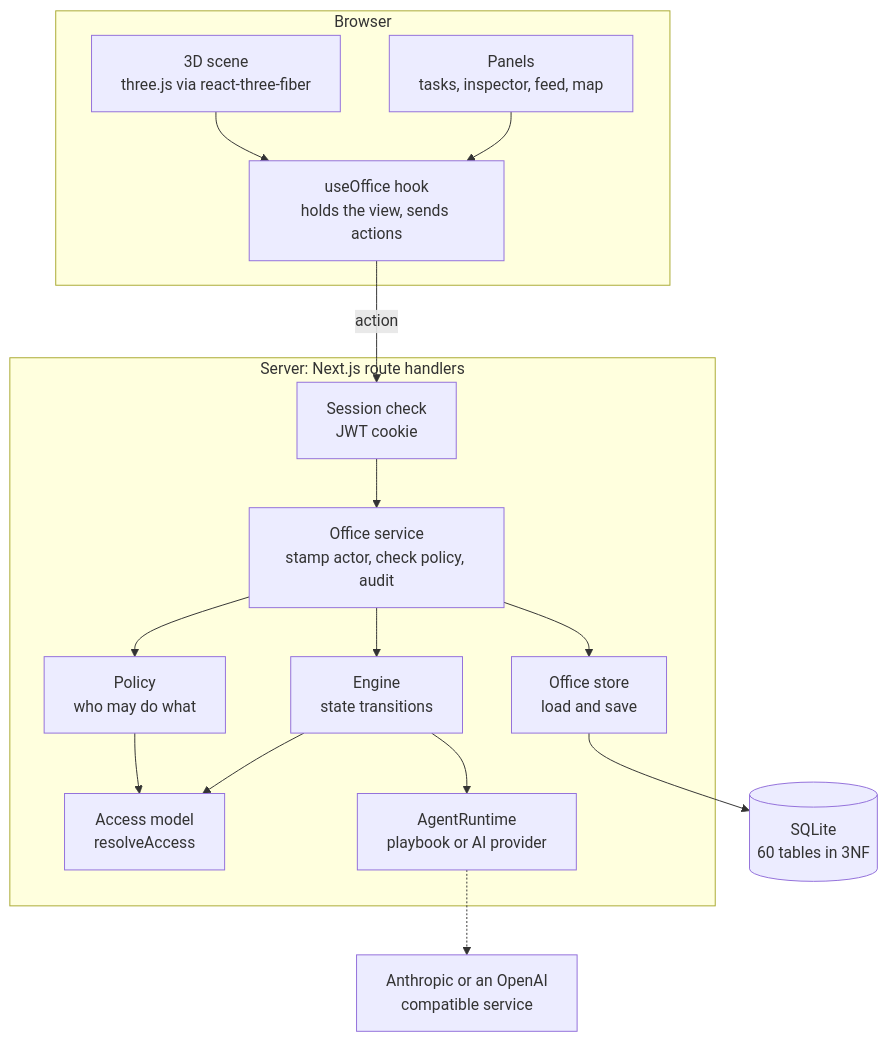
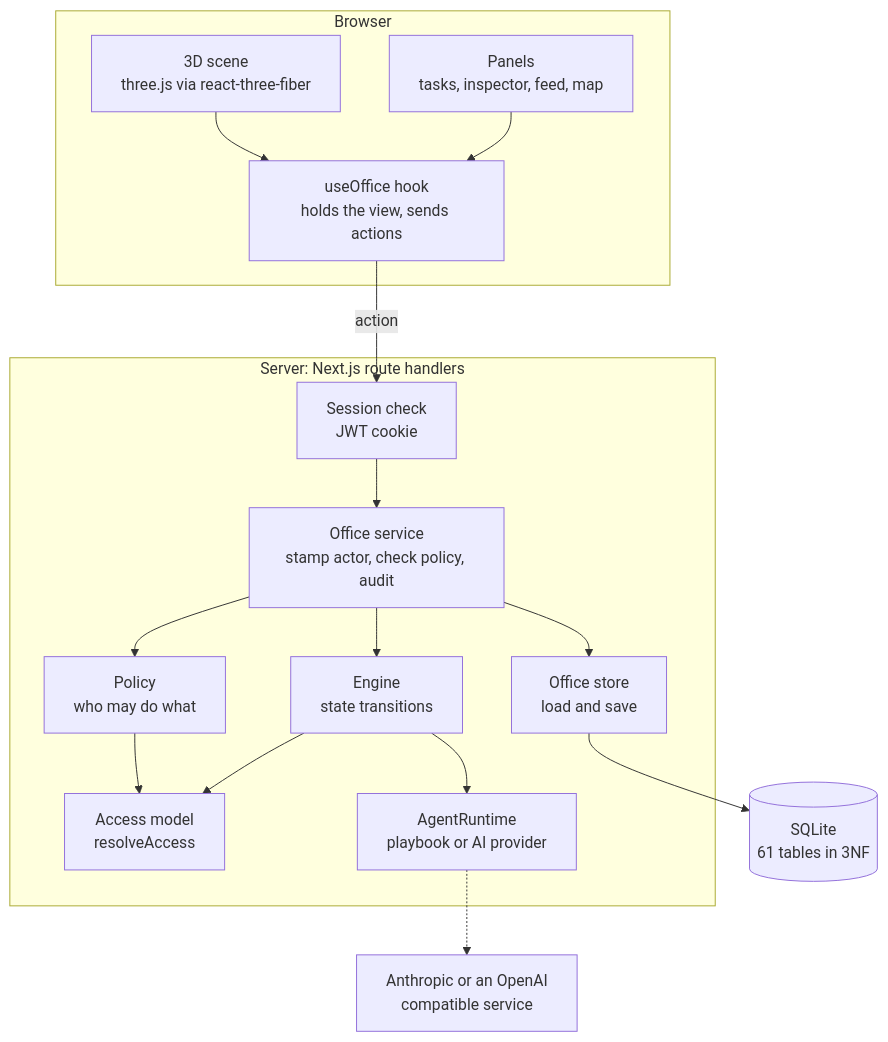
One commit to seyitgkc/ai-virtual-office changed the first of 15 diagrams in README.md. Above: the diagram before and after it, drawn with Mermaid. The commit also changed other lines of this file and 13 other files, not shown here.

````diff
--- a/README.md
+++ b/README.md
@@ -570,34 +575,34 @@
 ```mermaid
 flowchart TB
   subgraph Browser
     scene["3D scene<br/>three.js via react-three-fiber"]
     panels["Panels<br/>tasks, inspector, feed, map"]
     hook["useOffice hook<br/>holds the view, sends actions"]
     scene --> hook
     panels --> hook
   end
 
   subgraph Server["Server: Next.js route handlers"]
     http["Session check<br/>JWT cookie"]
     service["Office service<br/>stamp actor, check policy, audit"]
     policy["Policy<br/>who may do what"]
     engine["Engine<br/>state transitions"]
     access["Access model<br/>resolveAccess"]
     runtime["AgentRuntime<br/>playbook or AI provider"]
     store["Office store<br/>load and save"]
   end
 
-  db[("SQLite<br/>60 tables in 3NF")]
+  db[("SQLite<br/>61 tables in 3NF")]
   llm["Anthropic or an OpenAI<br/>compatible service"]
 
   hook -->|"action"| http
   http --> service
   service --> policy
   service --> engine
   policy --> access
   engine --> access
   engine --> runtime
   runtime -.-> llm
   service --> store
   store --> db
 ```
````
